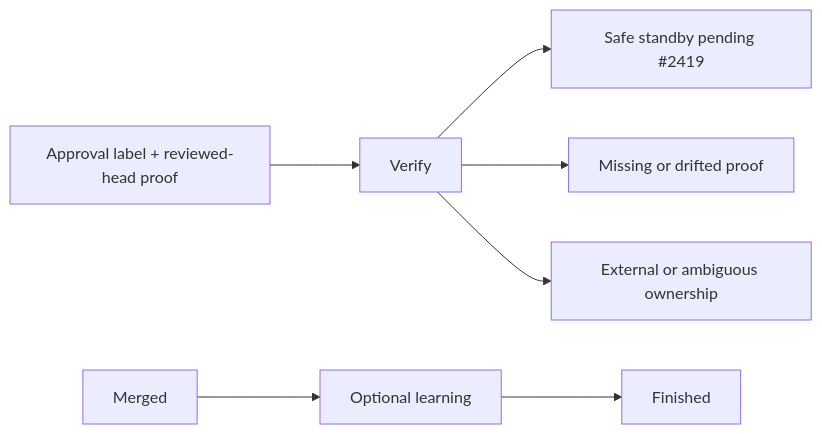
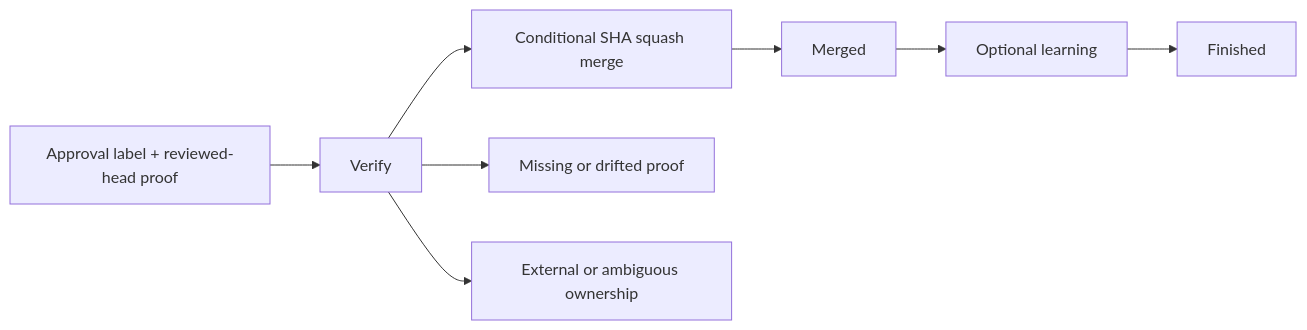
One commit to HomericIntelligence/Hephaestus changed diagram 13 of 16 in docs/architecture.md. Above: the diagram before and after it, drawn with Mermaid. The commit also changed other lines of this file and 25 other files, not shown here.

````diff
--- a/docs/architecture.md
+++ b/docs/architecture.md
@@ -961,8 +963,8 @@
 ```mermaid
 flowchart LR
     Approved["Approval label + reviewed-head proof"] --> Verify
-    Verify --> StandBy["Safe standby pending #2419"]
+    Verify --> Merge["Conditional SHA squash merge"]
     Verify --> Review["Missing or drifted proof"]
     Verify --> Operator["External or ambiguous ownership"]
-    Merged --> Learn["Optional learning"] --> Finished
+    Merge --> Merged --> Learn["Optional learning"] --> Finished
 ```
````
